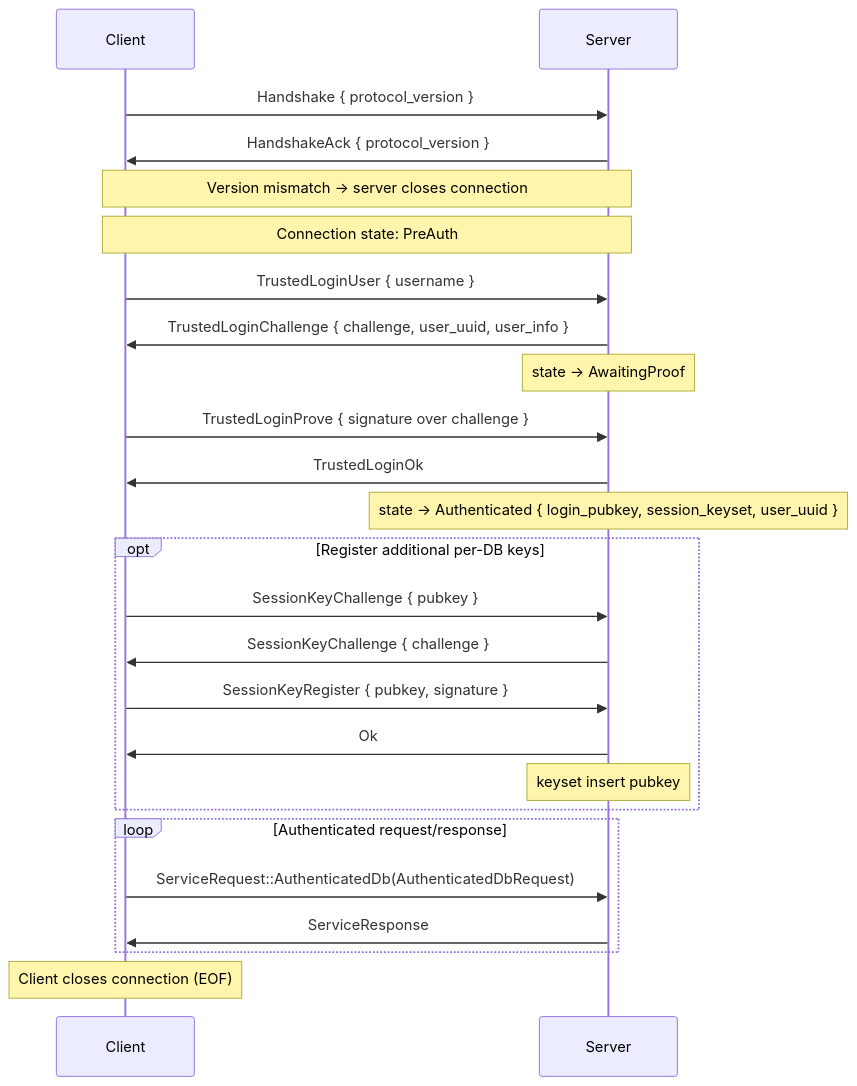
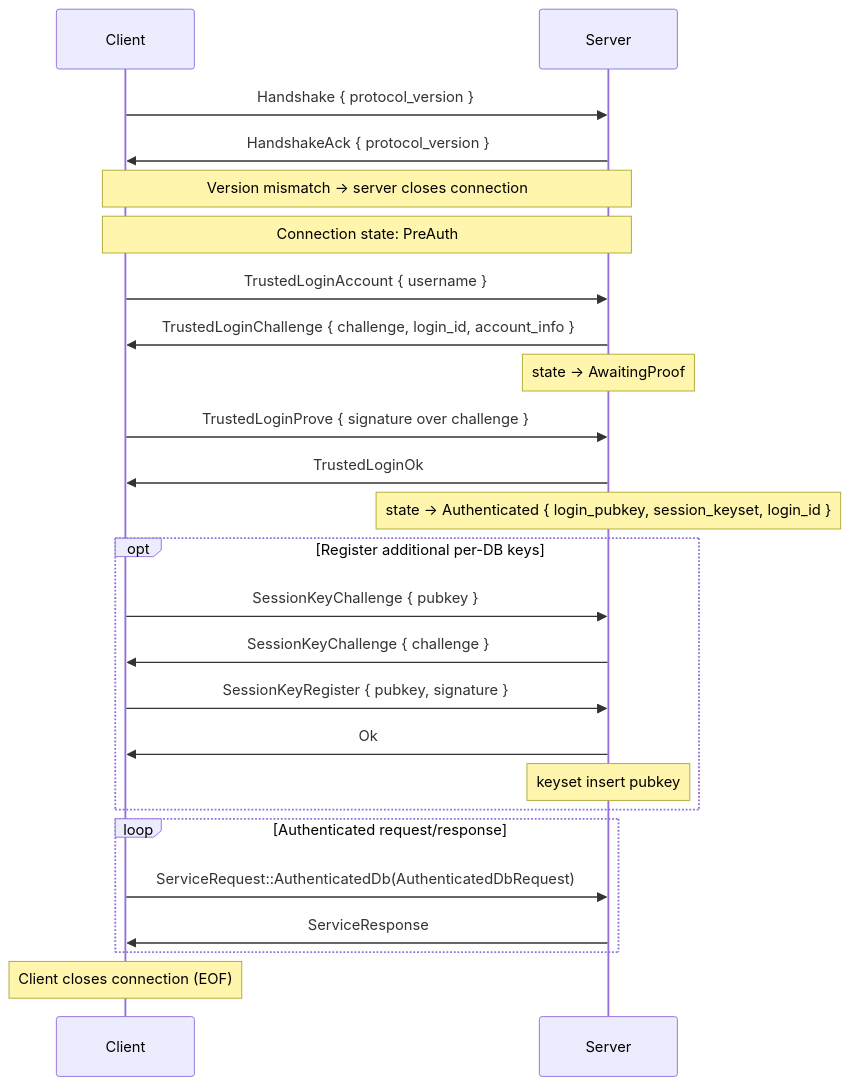
The second of 2 diagrams in docs/src/internal/service.md (arcuru/eidetica), drawn with Mermaid before and after one commit. The commit also changed other lines of this file and 151 other files, not shown here.

````diff
--- a/docs/src/internal/service.md
+++ b/docs/src/internal/service.md
@@ -58,33 +58,33 @@
 ```mermaid
 sequenceDiagram
     participant C as Client
     participant S as Server
 
     C->>S: Handshake { protocol_version }
     S->>C: HandshakeAck { protocol_version }
     Note over C,S: Version mismatch → server closes connection
 
     Note over C,S: Connection state: PreAuth
 
-    C->>S: TrustedLoginUser { username }
-    S->>C: TrustedLoginChallenge { challenge, user_uuid, user_info }
+    C->>S: TrustedLoginAccount { username }
+    S->>C: TrustedLoginChallenge { challenge, login_id, account_info }
     Note over S: state → AwaitingProof
     C->>S: TrustedLoginProve { signature over challenge }
     S->>C: TrustedLoginOk
-    Note over S: state → Authenticated { login_pubkey, session_keyset, user_uuid }
+    Note over S: state → Authenticated { login_pubkey, session_keyset, login_id }
 
     opt Register additional per-DB keys
         C->>S: SessionKeyChallenge { pubkey }
         S->>C: SessionKeyChallenge { challenge }
         C->>S: SessionKeyRegister { pubkey, signature }
         S->>C: Ok
         Note over S: keyset insert pubkey
     end
 
     loop Authenticated request/response
         C->>S: ServiceRequest::AuthenticatedDb(AuthenticatedDbRequest)
         S->>C: ServiceResponse
     end
 
     Note over C: Client closes connection (EOF)
 ```
````
